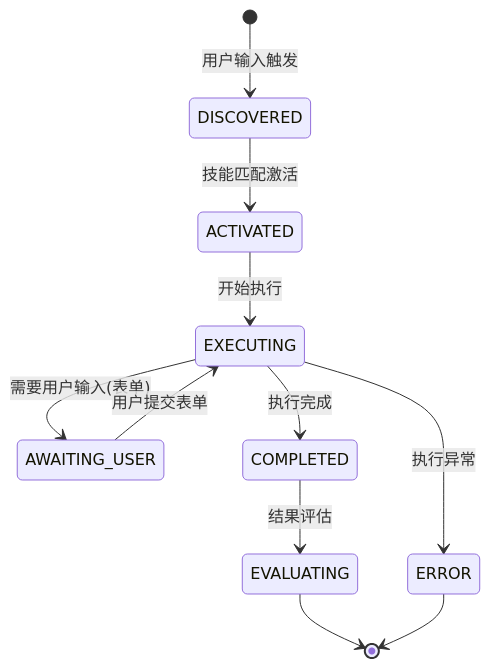
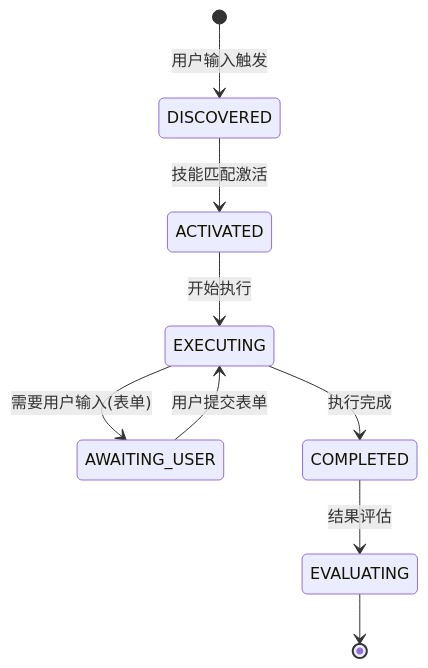
One commit to kevinmoch/ccs-monorepo changed the eighth of 8 diagrams in README.md. Above: the diagram before and after it, drawn with Mermaid. The commit also changed other lines of this file and 3 other files, not shown here.

````diff
--- a/README.md
+++ b/README.md
@@ -2404,14 +2463,11 @@
 ```mermaid
 stateDiagram-v2
     [*] --> DISCOVERED : 用户输入触发
     DISCOVERED --> ACTIVATED : 技能匹配激活
     ACTIVATED --> EXECUTING : 开始执行
     EXECUTING --> AWAITING_USER : 需要用户输入(表单)
     AWAITING_USER --> EXECUTING : 用户提交表单
     EXECUTING --> COMPLETED : 执行完成
     COMPLETED --> EVALUATING : 结果评估
     EVALUATING --> [*]
-
-    EXECUTING --> ERROR : 执行异常
-    ERROR --> [*]
 ```
````
